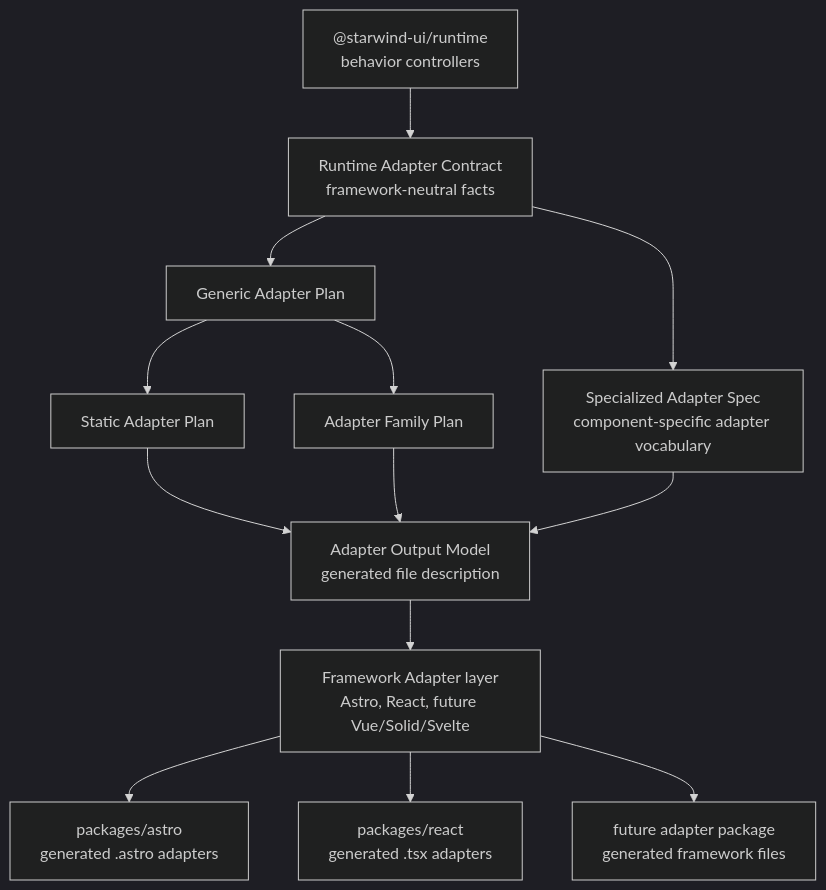
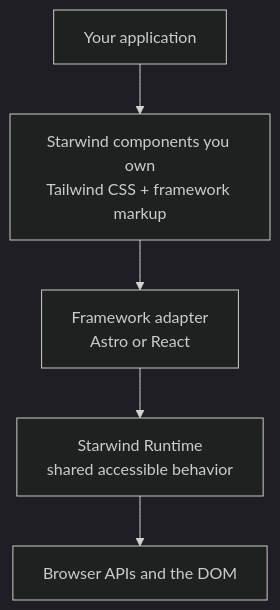
Before and after one commit to starwind-ui/starwind-ui: the diagram in README.md, drawn with Mermaid (dark theme). The commit also changed other lines of this file and 38 other files, not shown here.

````diff
--- a/README.md
+++ b/README.md
@@ -60,27 +56,13 @@
 ```mermaid
 flowchart TD
-  Runtime["@starwind-ui/runtime<br/>behavior controllers"]
-  Contract["Runtime Adapter Contract<br/>framework-neutral facts"]
-  Generic["Generic Adapter Plan"]
-  Static["Static Adapter Plan"]
-  Family["Adapter Family Plan"]
-  Spec["Specialized Adapter Spec<br/>component-specific adapter vocabulary"]
-  Output["Adapter Output Model<br/>generated file description"]
-  Framework["Framework Adapter layer<br/>Astro, React, future Vue/Solid/Svelte"]
-  Astro["packages/astro<br/>generated .astro adapters"]
-  React["packages/react<br/>generated .tsx adapters"]
-  Future["future adapter package<br/>generated framework files"]
+  App["Your application"]
+  Components["Starwind components you own<br/>Tailwind CSS + framework markup"]
+  Adapter["Framework adapter<br/>Astro or React"]
+  Runtime["Starwind Runtime<br/>shared accessible behavior"]
+  Browser["Browser APIs and the DOM"]
 
-  Runtime --> Contract
-  Contract --> Generic
-  Generic --> Static
-  Generic --> Family
-  Contract --> Spec
-  Static --> Output
-  Family --> Output
-  Spec --> Output
-  Output --> Framework
-  Framework --> Astro
-  Framework --> React
-  Framework --> Future
+  App --> Components
+  Components --> Adapter
+  Adapter --> Runtime
+  Runtime --> Browser
 ```
````
